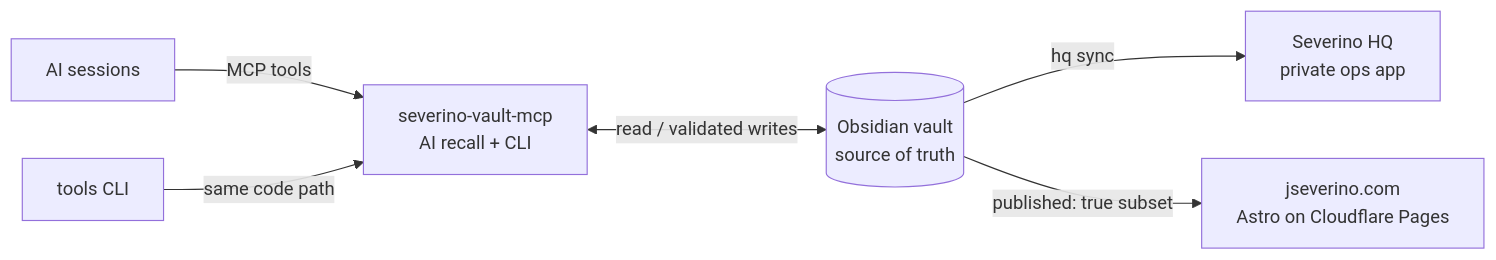
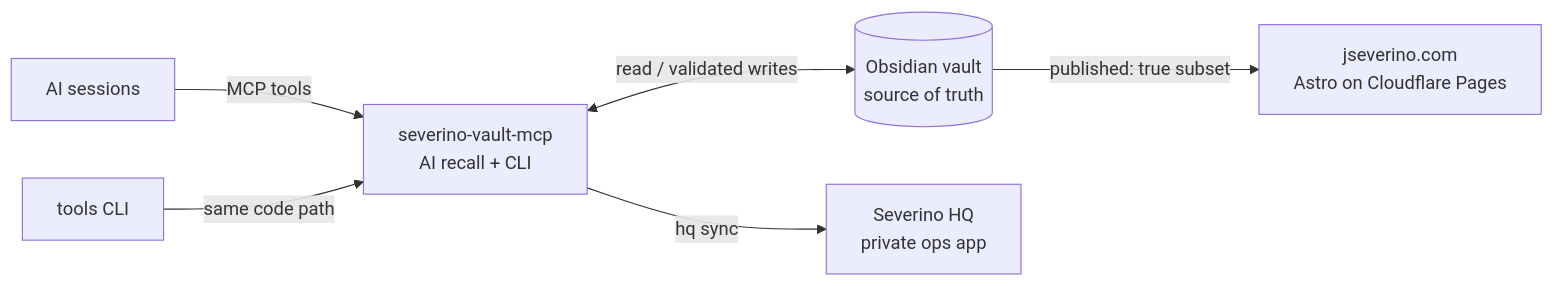
Before and after one commit to joeseverino/joeseverino: the diagram in diagrams/readme-flow.mmd, drawn with Mermaid. The commit also changed 5 other files, not shown here.

First line of the commit message:
Feature severino-hq; show its gated CI/CD deploy in the architecture map

```diff
--- a/diagrams/readme-flow.mmd
+++ b/diagrams/readme-flow.mmd
@@ -1,13 +1,13 @@
 flowchart LR
     vault[("Obsidian vault<br/>source of truth")]
     mcp["severino-vault-mcp<br/>AI recall + CLI"]
     hq["Severino HQ<br/>private ops app"]
     site["jseverino.com<br/>Astro on Cloudflare Pages"]
     ai["AI sessions"]
     tools["tools CLI"]
 
     ai -->|"MCP tools"| mcp
     tools -->|"same code path"| mcp
     mcp <-->|"read / validated writes"| vault
-    vault -->|"hq sync"| hq
+    mcp -->|"hq sync"| hq
     vault -->|"published: true subset"| site
```
